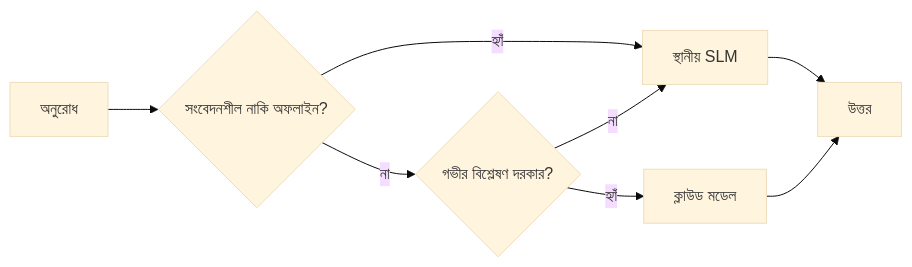
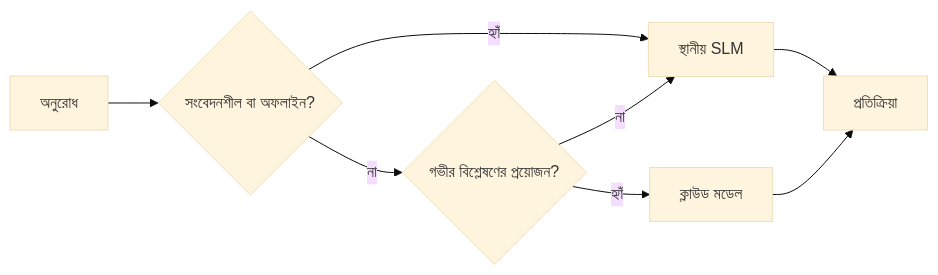
Before and after one commit to gabrielmoreira/agent-skills-mirror: the fourth of 4 diagrams in mirrors/repos/microsoft@ai-agents-for-beginners/translations/bn/17-creating-local-ai-agents/README.md, drawn with Mermaid (base theme). The commit also changed other lines of this file and 4262 other files, not shown here.

````diff
--- a/mirrors/repos/microsoft@ai-agents-for-beginners/translations/bn/17-creating-local-ai-agents/README.md
+++ b/mirrors/repos/microsoft@ai-agents-for-beginners/translations/bn/17-creating-local-ai-agents/README.md
@@ -156,10 +156,10 @@
 ```mermaid
 flowchart LR
-    Q[অনুরোধ] --> S{সংবেদনশীল নাকি অফলাইন?}
+    Q[অনুরোধ] --> S{সংবেদনশীল বা অফলাইন?}
     S -->|হ্যাঁ| L[স্থানীয় SLM]
-    S -->|না| C{গভীর বিশ্লেষণ দরকার?}
+    S -->|না| C{গভীর বিশ্লেষণের প্রয়োজন?}
     C -->|না| L
     C -->|হ্যাঁ| Cloud[ক্লাউড মডেল]
-    L --> Out[উত্তর]
+    L --> Out[প্রতিক্রিয়া]
     Cloud --> Out
 ```
````
